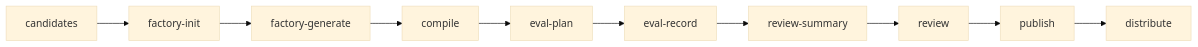
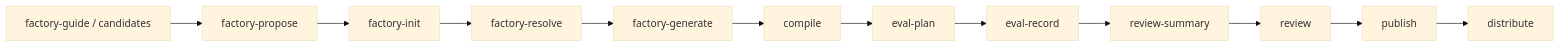
The diagram in zh/cli/bundle.mdx (rpamis/comet-website-docs), drawn with Mermaid (base theme) before and after one commit. The commit also changed other lines of this file and 50 other files, not shown here.

````diff
--- a/zh/cli/bundle.mdx
+++ b/zh/cli/bundle.mdx
@@ -17,12 +19,14 @@
 ```mermaid
 flowchart LR
-  A["candidates"] --> B["factory-init"]
-  B --> C["factory-generate"]
-  C --> D["compile"]
-  D --> E["eval-plan"]
-  E --> F["eval-record"]
-  F --> G["review-summary"]
-  G --> H["review"]
-  H --> I["publish"]
-  I --> J["distribute"]
+  A["factory-guide / candidates"] --> B["factory-propose"]
+  B --> C["factory-init"]
+  C --> D["factory-resolve"]
+  D --> E["factory-generate"]
+  E --> F["compile"]
+  F --> G["eval-plan"]
+  G --> H["eval-record"]
+  H --> I["review-summary"]
+  I --> J["review"]
+  J --> K["publish"]
+  K --> L["distribute"]
 ```
````
